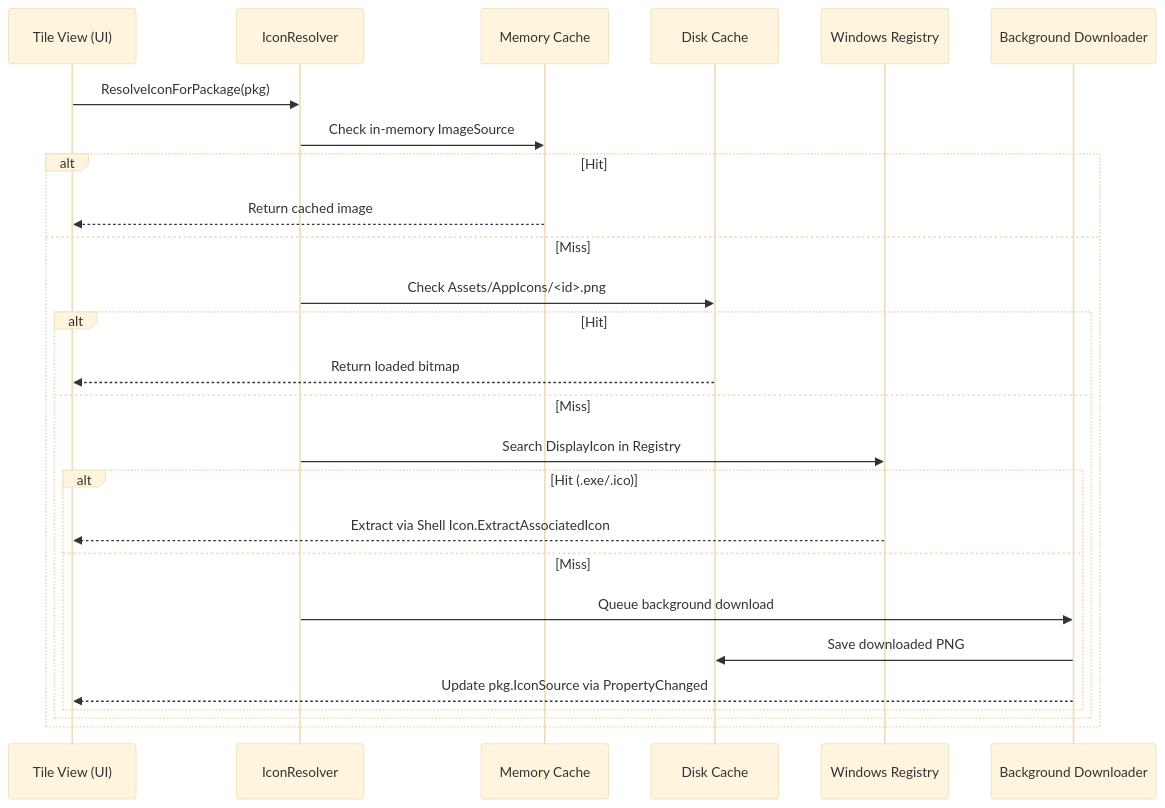
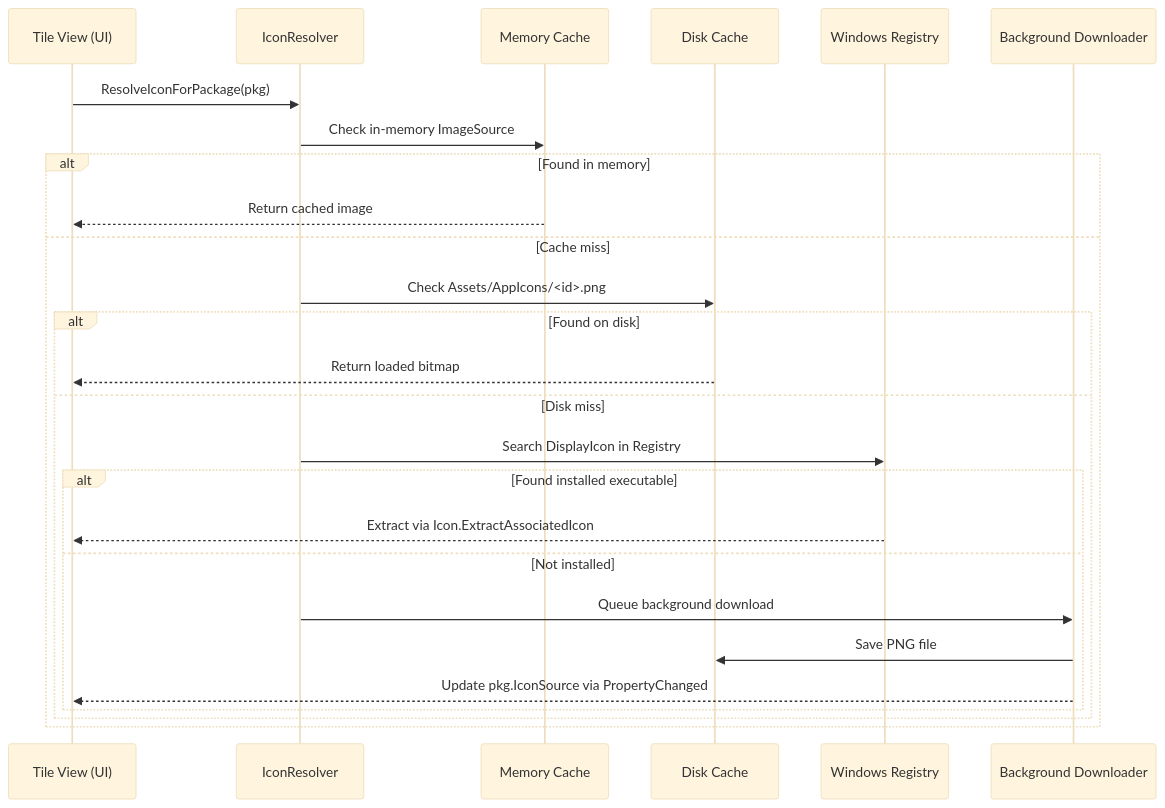
The second of 2 diagrams in docs/ARCHITECTURE.md (gnustella-lab/WinGetStore), drawn with Mermaid (base theme) before and after one commit. The commit also changed other lines of this file and 1 other file, not shown here.

Commit message:
docs: humanize README and architecture specs, remove AI slop and marketing fluff

````diff
--- a/docs/ARCHITECTURE.md
+++ b/docs/ARCHITECTURE.md
@@ -125,29 +125,29 @@
 ```mermaid
 sequenceDiagram
     participant UI as Tile View (UI)
     participant Res as IconResolver
     participant Mem as Memory Cache
     participant Disk as Disk Cache
     participant Reg as Windows Registry
     participant Net as Background Downloader
 
     UI->>Res: ResolveIconForPackage(pkg)
     Res->>Mem: Check in-memory ImageSource
-    alt Hit
+    alt Found in memory
         Mem-->>UI: Return cached image
-    else Miss
+    else Cache miss
         Res->>Disk: Check Assets/AppIcons/<id>.png
-        alt Hit
+        alt Found on disk
             Disk-->>UI: Return loaded bitmap
-        else Miss
+        else Disk miss
             Res->>Reg: Search DisplayIcon in Registry
-            alt Hit (.exe/.ico)
-                Reg-->>UI: Extract via Shell Icon.ExtractAssociatedIcon
-            else Miss
+            alt Found installed executable
+                Reg-->>UI: Extract via Icon.ExtractAssociatedIcon
+            else Not installed
                 Res->>Net: Queue background download
-                Net->>Disk: Save downloaded PNG
+                Net->>Disk: Save PNG file
                 Net-->>UI: Update pkg.IconSource via PropertyChanged
             end
         end
     end
 ```
````
